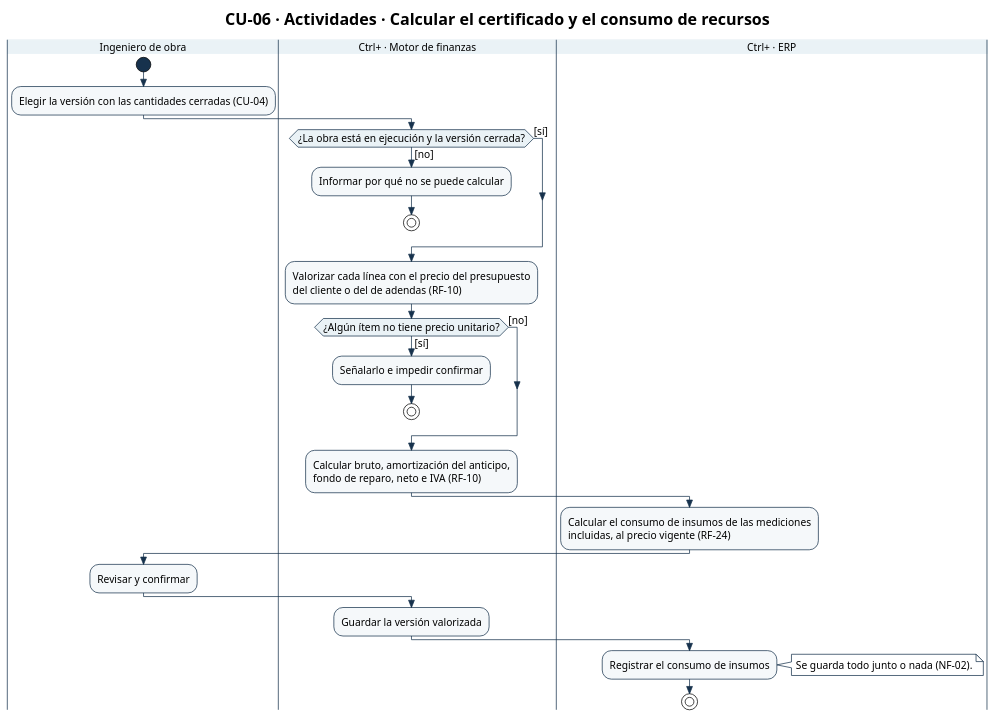
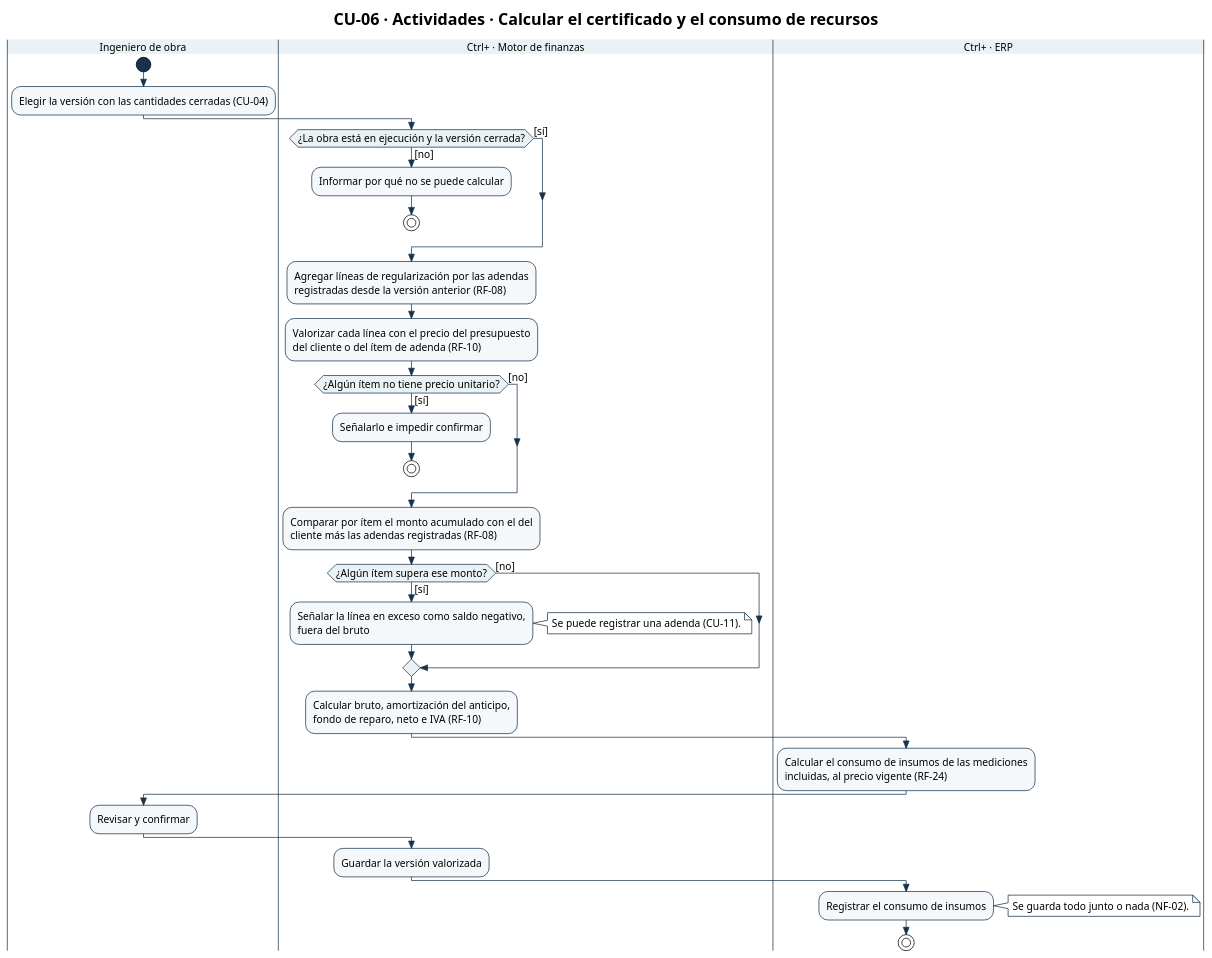
One commit to Ssrrb/tpf-uca changed the diagram in diagramas/CU-06-actividades.puml. Above: the diagram before and after it, drawn with PlantUML. The commit also changed 16 other files, not shown here.

First line of the commit message:
Exceso por monto en el cálculo y adendas por paquete

```diff
--- a/diagramas/CU-06-actividades.puml
+++ b/diagramas/CU-06-actividades.puml
@@ -1,67 +1,79 @@
 @startuml
 !theme plain
 skinparam style strictuml
 skinparam shadowing false
 skinparam defaultFontName Arial
 skinparam defaultFontSize 14
 skinparam ArrowColor #17324D
 skinparam activity {
   StartColor #17324D
   EndColor #17324D
   BarColor #17324D
   BackgroundColor #F5F8FA
   BorderColor #17324D
   DiamondBackgroundColor #EAF2F6
   DiamondBorderColor #17324D
 }
 skinparam swimlane {
   BorderColor #17324D
   TitleBackgroundColor #EAF2F6
 }
 skinparam state {
   StartColor #17324D
   EndColor #17324D
   BackgroundColor #F5F8FA
   BorderColor #17324D
 }
 skinparam package {
   BackgroundColor #EAF2F6
   BorderColor #17324D
 }
 skinparam note {
   BackgroundColor #FFFFFF
   BorderColor #17324D
 }
 title CU-06 · Actividades · Calcular el certificado y el consumo de recursos
 |Ingeniero de obra|
 start
 :Elegir la versión con las cantidades cerradas (CU-04);
 |Ctrl+ · Motor de finanzas|
 if (¿La obra está en ejecución y la versión cerrada?) then ([no])
   :Informar por qué no se puede calcular;
   stop
 else ([sí])
 endif
+:Agregar líneas de regularización por las adendas
+registradas desde la versión anterior (RF-08);
 :Valorizar cada línea con el precio del presupuesto
-del cliente o del de adendas (RF-10);
+del cliente o del ítem de adenda (RF-10);
 if (¿Algún ítem no tiene precio unitario?) then ([sí])
   :Señalarlo e impedir confirmar;
   stop
+else ([no])
+endif
+:Comparar por ítem el monto acumulado con el del
+cliente más las adendas registradas (RF-08);
+if (¿Algún ítem supera ese monto?) then ([sí])
+  :Señalar la línea en exceso como saldo negativo,
+  fuera del bruto;
+  note right
+    Se puede registrar una adenda (CU-11).
+  end note
 else ([no])
 endif
 :Calcular bruto, amortización del anticipo,
 fondo de reparo, neto e IVA (RF-10);
 |Ctrl+ · ERP|
 :Calcular el consumo de insumos de las mediciones
 incluidas, al precio vigente (RF-24);
 |Ingeniero de obra|
 :Revisar y confirmar;
 |Ctrl+ · Motor de finanzas|
 :Guardar la versión valorizada;
 |Ctrl+ · ERP|
 :Registrar el consumo de insumos;
 note right
   Se guarda todo junto o nada (NF-02).
 end note
 stop
 @enduml
```
